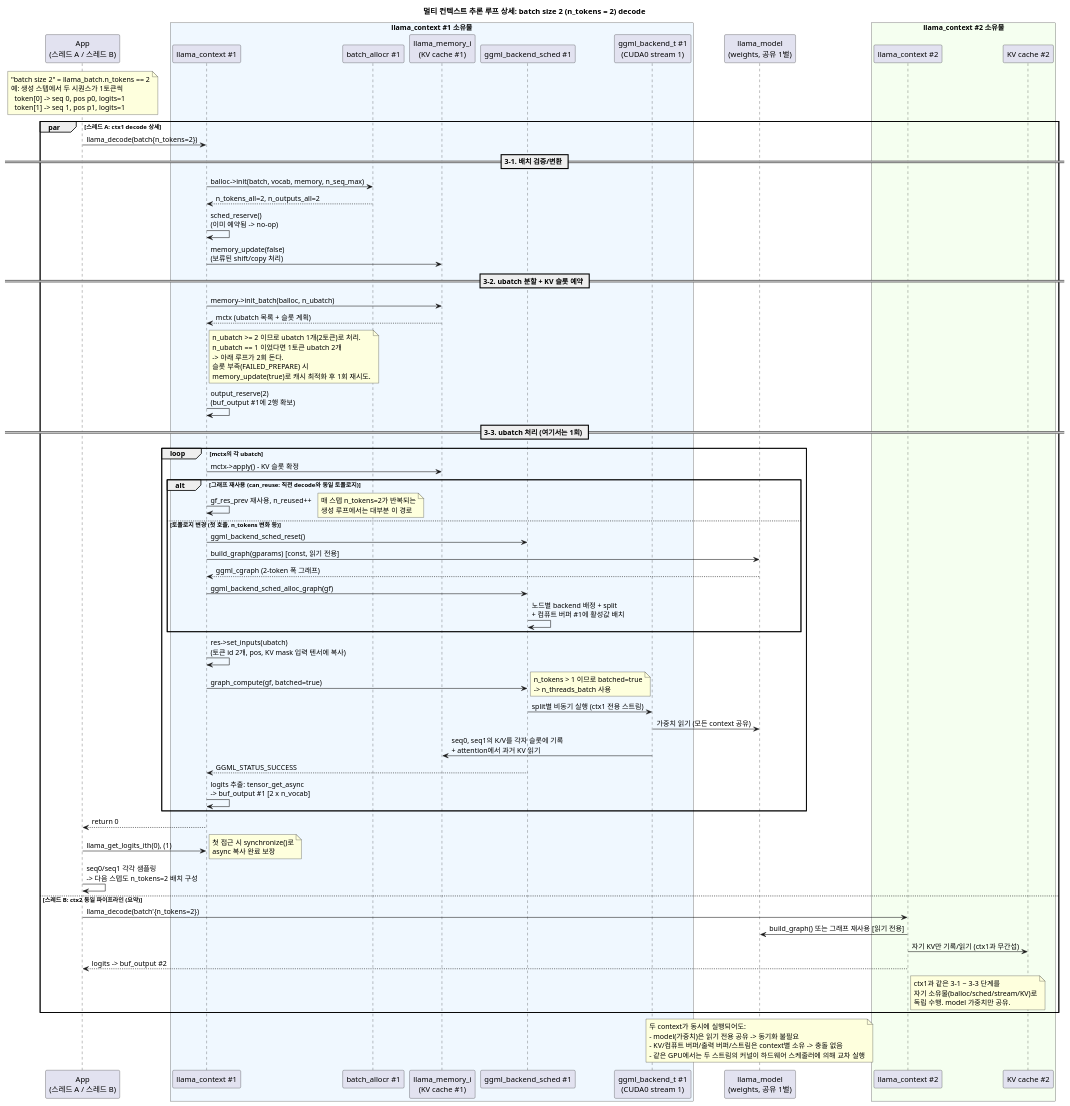
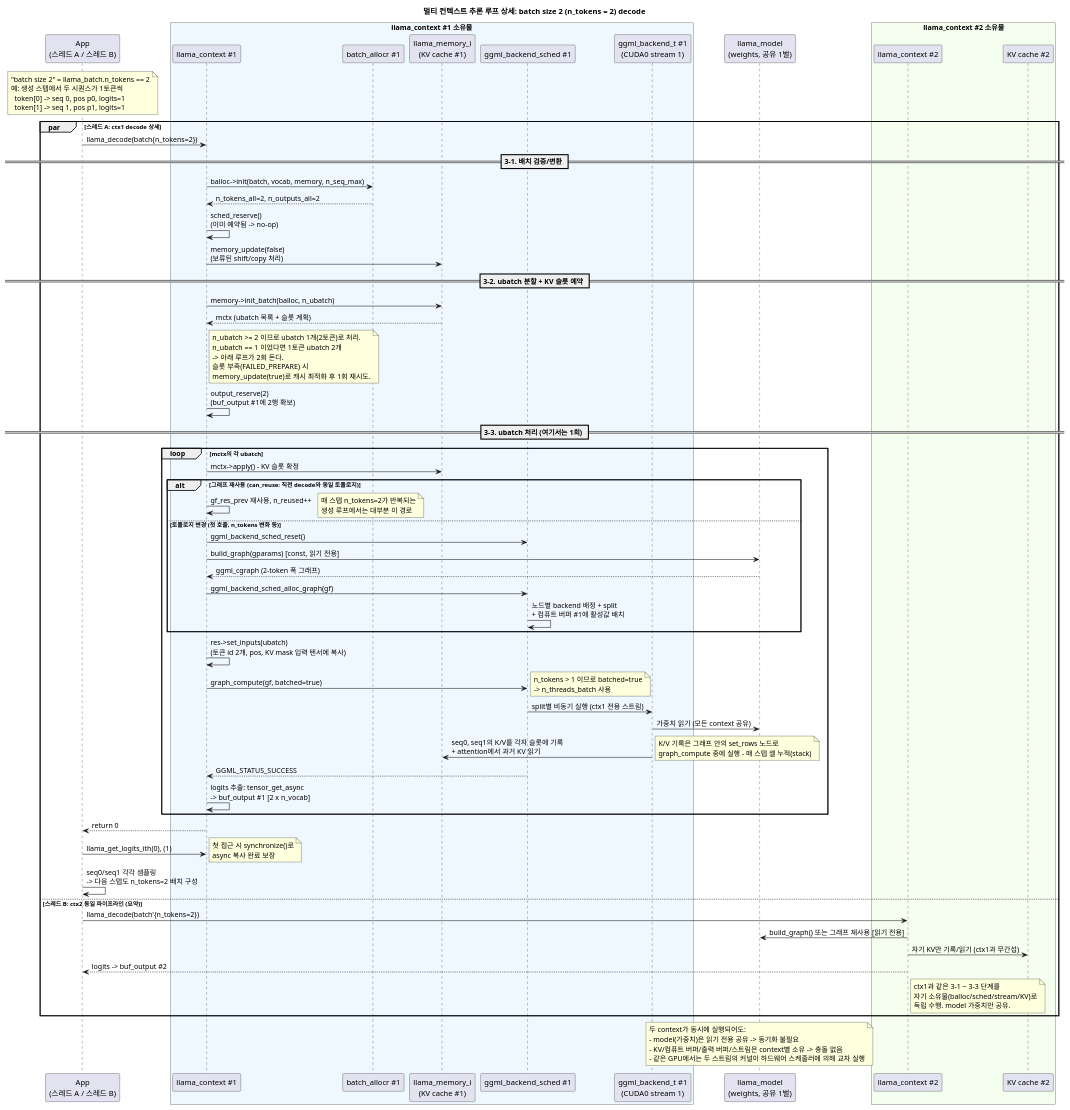
The diagram in docs/my_doc/13-sequence-decode-batch2-multi-context.puml (froginaz/llama.cpp), drawn with PlantUML before and after one commit. The commit also changed 4 other files, not shown here.

Commit message:
[DOC] make per-step KV append explicit in decode diagrams

```diff
--- a/docs/my_doc/13-sequence-decode-batch2-multi-context.puml
+++ b/docs/my_doc/13-sequence-decode-batch2-multi-context.puml
@@ -1,95 +1,96 @@
 @startuml
 title 멀티 컨텍스트 추론 루프 상세: batch size 2 (n_tokens = 2) decode
 
 participant "App\n(스레드 A / 스레드 B)" as App
 box "llama_context #1 소유물" #F0F8FF
   participant "llama_context #1" as C1
   participant "batch_allocr #1" as BA1
   participant "llama_memory_i\n(KV cache #1)" as KV1
   participant "ggml_backend_sched #1" as S1
   participant "ggml_backend_t #1\n(CUDA0 stream 1)" as B1
 end box
 participant "llama_model\n(weights, 공유 1벌)" as M
 box "llama_context #2 소유물" #F5FFF0
   participant "llama_context #2" as C2
   participant "KV cache #2" as KV2
 end box
 
 note over App
   "batch size 2" = llama_batch.n_tokens == 2
   예: 생성 스텝에서 두 시퀀스가 1토큰씩
     token[0] -> seq 0, pos p0, logits=1
     token[1] -> seq 1, pos p1, logits=1
 end note
 
 par 스레드 A: ctx1 decode 상세
 
   App -> C1 : llama_decode(batch{n_tokens=2})
 
   == 3-1. 배치 검증/변환 ==
   C1 -> BA1 : balloc->init(batch, vocab, memory, n_seq_max)
   BA1 --> C1 : n_tokens_all=2, n_outputs_all=2
   C1 -> C1 : sched_reserve()\n(이미 예약됨 -> no-op)
   C1 -> KV1 : memory_update(false)\n(보류된 shift/copy 처리)
 
   == 3-2. ubatch 분할 + KV 슬롯 예약 ==
   C1 -> KV1 : memory->init_batch(balloc, n_ubatch)
   KV1 --> C1 : mctx (ubatch 목록 + 슬롯 계획)
   note right of C1
     n_ubatch >= 2 이므로 ubatch 1개(2토큰)로 처리.
     n_ubatch == 1 이었다면 1토큰 ubatch 2개
     -> 아래 루프가 2회 돈다.
     슬롯 부족(FAILED_PREPARE) 시
     memory_update(true)로 캐시 최적화 후 1회 재시도.
   end note
   C1 -> C1 : output_reserve(2)\n(buf_output #1에 2행 확보)
 
   == 3-3. ubatch 처리 (여기서는 1회) ==
   loop mctx의 각 ubatch
     C1 -> KV1 : mctx->apply() - KV 슬롯 확정
     alt 그래프 재사용 (can_reuse: 직전 decode와 동일 토폴로지)
       C1 -> C1 : gf_res_prev 재사용, n_reused++
       note right : 매 스텝 n_tokens=2가 반복되는\n생성 루프에서는 대부분 이 경로
     else 토폴로지 변경 (첫 호출, n_tokens 변화 등)
       C1 -> S1 : ggml_backend_sched_reset()
       C1 -> M : build_graph(gparams) [const, 읽기 전용]
       M --> C1 : ggml_cgraph (2-token 폭 그래프)
       C1 -> S1 : ggml_backend_sched_alloc_graph(gf)
       S1 -> S1 : 노드별 backend 배정 + split\n+ 컴퓨트 버퍼 #1에 활성값 배치
     end
     C1 -> C1 : res->set_inputs(ubatch)\n(토큰 id 2개, pos, KV mask 입력 텐서에 복사)
     C1 -> S1 : graph_compute(gf, batched=true)
     note right : n_tokens > 1 이므로 batched=true\n-> n_threads_batch 사용
     S1 -> B1 : split별 비동기 실행 (ctx1 전용 스트림)
     B1 -> M : 가중치 읽기 (모든 context 공유)
     B1 -> KV1 : seq0, seq1의 K/V를 각자 슬롯에 기록\n+ attention에서 과거 KV 읽기
+    note right : K/V 기록은 그래프 안의 set_rows 노드로\ngraph_compute 중에 실행 - 매 스텝 셀 누적(stack)
     S1 --> C1 : GGML_STATUS_SUCCESS
     C1 -> C1 : logits 추출: tensor_get_async\n-> buf_output #1 [2 x n_vocab]
   end
 
   C1 --> App : return 0
   App -> C1 : llama_get_logits_ith(0), (1)
   note right : 첫 접근 시 synchronize()로\nasync 복사 완료 보장
   App -> App : seq0/seq1 각각 샘플링\n-> 다음 스텝도 n_tokens=2 배치 구성
 
 else 스레드 B: ctx2 동일 파이프라인 (요약)
 
   App -> C2 : llama_decode(batch'{n_tokens=2})
   C2 -> M : build_graph() 또는 그래프 재사용 [읽기 전용]
   C2 -> KV2 : 자기 KV만 기록/읽기 (ctx1과 무간섭)
   C2 --> App : logits -> buf_output #2
   note right of C2
     ctx1과 같은 3-1 ~ 3-3 단계를
     자기 소유물(balloc/sched/stream/KV)로
     독립 수행. model 가중치만 공유.
   end note
 
 end
 
 note over M
   두 context가 동시에 실행되어도:
   - model(가중치)은 읽기 전용 공유 -> 동기화 불필요
   - KV/컴퓨트 버퍼/출력 버퍼/스트림은 context별 소유 -> 충돌 없음
   - 같은 GPU에서는 두 스트림의 커널이 하드웨어 스케줄러에 의해 교차 실행
 end note
 @enduml
```
